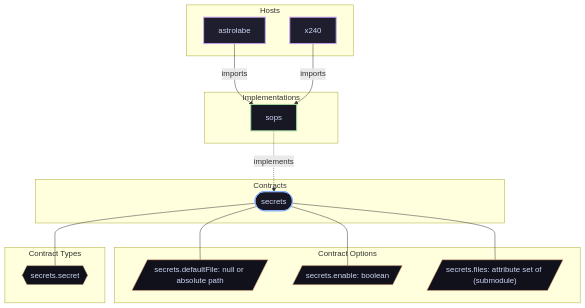
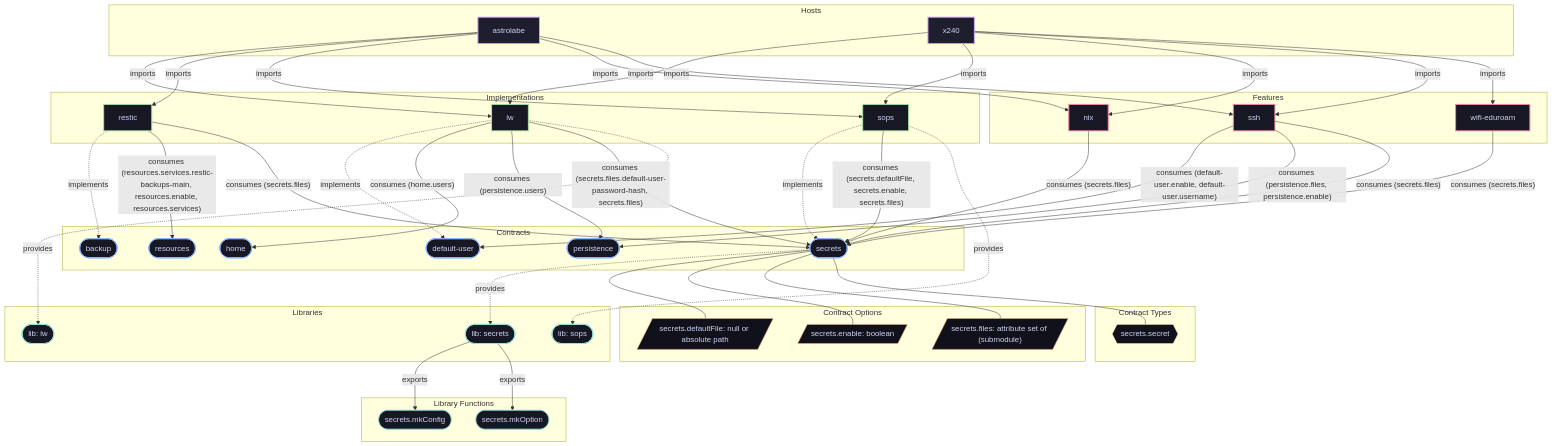
Before and after one commit to LW-54/nixconf: the diagram in docs/contracts/secrets.md, drawn with Mermaid. The commit also changed other lines of this file and 66 other files, not shown here.

Commit message:
feat: flake schemas

```diff
--- a/docs/contracts/secrets.md
+++ b/docs/contracts/secrets.md
@@ -20,11 +20,30 @@
     end
 
     subgraph Contracts["Contracts"]
+        contract__backup(["backup"]):::contractNode
+        contract__default_user(["default-user"]):::contractNode
+        contract__home(["home"]):::contractNode
+        contract__persistence(["persistence"]):::contractNode
+        contract__resources(["resources"]):::contractNode
         contract__secrets(["secrets"]):::contractNode
     end
 
     subgraph Implementations["Implementations"]
+        impl__lw["lw"]:::implNode
+        impl__restic["restic"]:::implNode
         impl__sops["sops"]:::implNode
+    end
+
+    subgraph Features["Features"]
+        feature__nix["nix"]:::featureNode
+        feature__ssh["ssh"]:::featureNode
+        feature__wifi_eduroam["wifi-eduroam"]:::featureNode
+    end
+
+    subgraph Libraries["Libraries"]
+        lib__lw(["lib: lw"]):::libNode
+        lib__secrets(["lib: secrets"]):::libNode
+        lib__sops(["lib: sops"]):::libNode
     end
 
     subgraph ContractOptions["Contract Options"]
@@ -37,14 +56,45 @@
         type__secrets_secret{{"secrets.secret"}}:::typeNode
     end
 
+    subgraph Functions["Library Functions"]
+        fn__secrets_mkConfig(["secrets.mkConfig"]):::fnNode
+        fn__secrets_mkOption(["secrets.mkOption"]):::fnNode
+    end
 
+
+    host__astrolabe -->|"imports"| impl__lw
+    host__astrolabe -->|"imports"| impl__restic
     host__astrolabe -->|"imports"| impl__sops
+    host__astrolabe -->|"imports"| feature__nix
+    host__astrolabe -->|"imports"| feature__ssh
+    host__x240 -->|"imports"| impl__lw
     host__x240 -->|"imports"| impl__sops
+    host__x240 -->|"imports"| feature__nix
+    host__x240 -->|"imports"| feature__ssh
+    host__x240 -->|"imports"| feature__wifi_eduroam
+    impl__lw -.->|"implements"| contract__default_user
+    impl__restic -.->|"implements"| contract__backup
     impl__sops -.->|"implements"| contract__secrets
+    feature__nix -->|"consumes (secrets.files)"| contract__secrets
+    feature__ssh -->|"consumes (default-user.enable, default-user.username)"| contract__default_user
+    feature__ssh -->|"consumes (persistence.files, persistence.enable)"| contract__persistence
+    feature__ssh -->|"consumes (secrets.files)"| contract__secrets
+    feature__wifi_eduroam -->|"consumes (secrets.files)"| contract__secrets
+    impl__lw -->|"consumes (home.users)"| contract__home
+    impl__lw -->|"consumes (persistence.users)"| contract__persistence
+    impl__lw -->|"consumes (secrets.files.default-user-password-hash, secrets.files)"| contract__secrets
+    impl__restic -->|"consumes (resources.services.restic-backups-main, resources.enable, resources.services)"| contract__resources
+    impl__restic -->|"consumes (secrets.files)"| contract__secrets
+    impl__sops -->|"consumes (secrets.defaultFile, secrets.enable, secrets.files)"| contract__secrets
+    contract__secrets -.->|"provides"| lib__secrets
+    impl__lw -.->|"provides"| lib__lw
+    impl__sops -.->|"provides"| lib__sops
     contract__secrets --- opt__secrets_defaultFile
     contract__secrets --- opt__secrets_enable
     contract__secrets --- opt__secrets_files
     contract__secrets --- type__secrets_secret
+    lib__secrets -->|"exports"| fn__secrets_mkConfig
+    lib__secrets -->|"exports"| fn__secrets_mkOption
 
 classDef hostNode fill:#1e1e2e,stroke:#cba6f7,stroke-width:2px,color:#cdd6f4;
 classDef contractNode fill:#181825,stroke:#89b4fa,stroke-width:2px,color:#cdd6f4;
```
